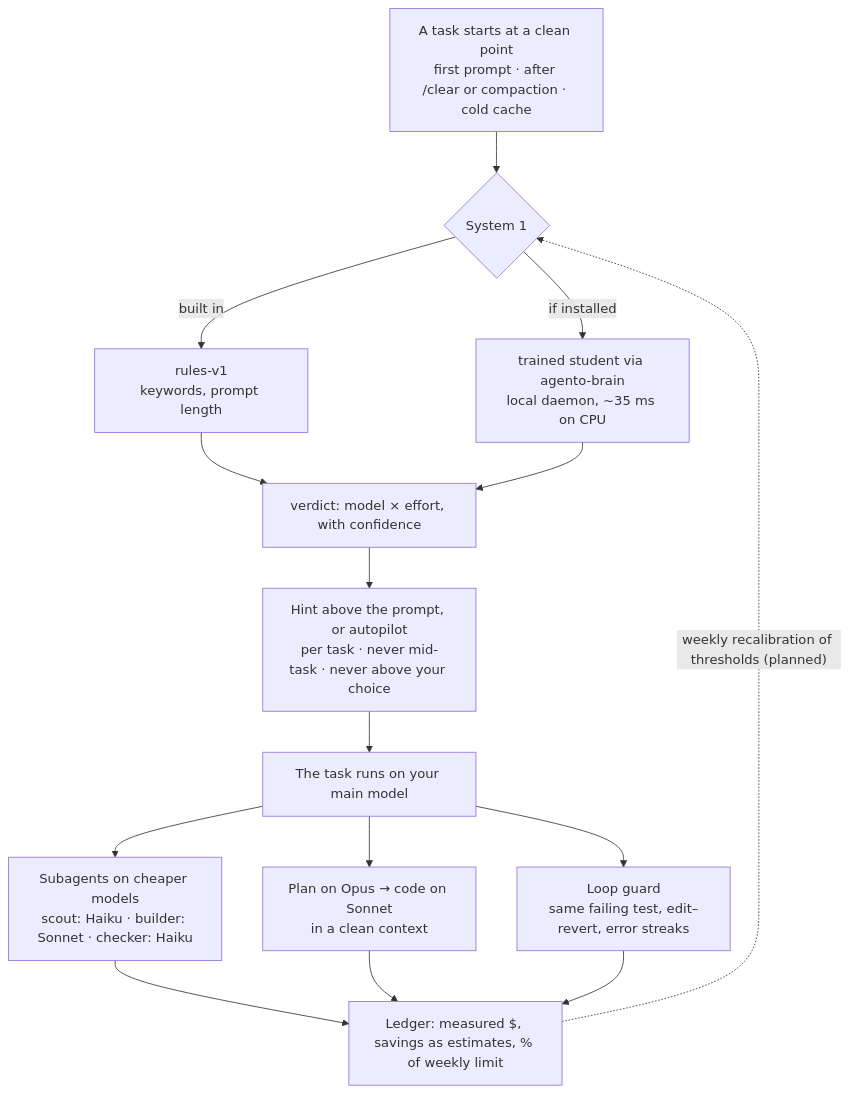
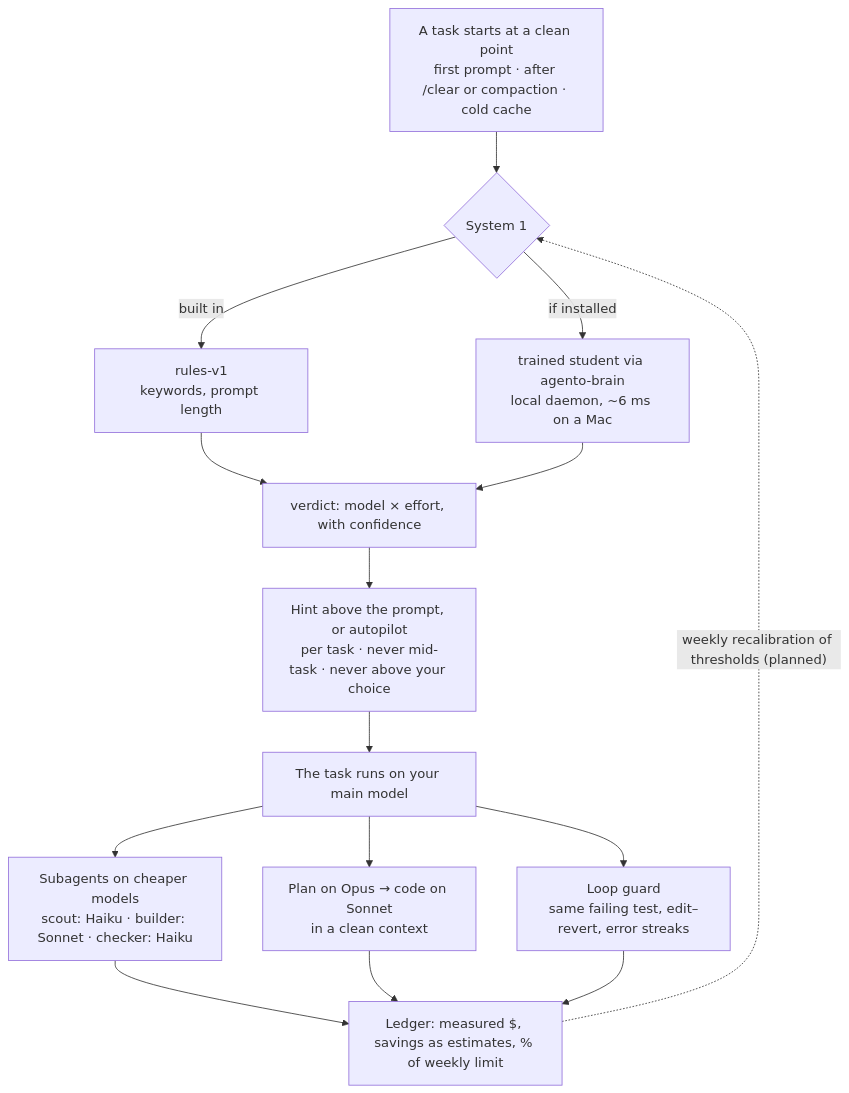
Before and after one commit to regksemx/agento: the diagram in README.md, drawn with Mermaid. The commit also changed other lines of this file and 18 other files, not shown here.

````diff
--- a/README.md
+++ b/README.md
@@ -70,17 +70,17 @@
 ```mermaid
 flowchart TD
     A["A task starts at a clean point<br/>first prompt · after /clear or compaction · cold cache"] --> B{"System 1"}
     B -->|built in| R["rules-v1<br/>keywords, prompt length"]
-    B -->|if installed| S["trained student via agento-brain<br/>local daemon, ~35 ms on CPU"]
+    B -->|if installed| S["trained student via agento-brain<br/>local daemon, ~6 ms on a Mac"]
     R --> V["verdict: model × effort, with confidence"]
     S --> V
     V --> H["Hint above the prompt, or autopilot<br/>per task · never mid-task · never above your choice"]
     H --> W["The task runs on your main model"]
     W --> SA["Subagents on cheaper models<br/>scout: Haiku · builder: Sonnet · checker: Haiku"]
     W --> HO["Plan on Opus → code on Sonnet<br/>in a clean context"]
     W --> LG["Loop guard<br/>same failing test, edit–revert, error streaks"]
     SA --> L["Ledger: measured $, savings as estimates, % of weekly limit"]
     HO --> L
     LG --> L
     L -.->|"weekly recalibration of thresholds (planned)"| B
 ```
````
